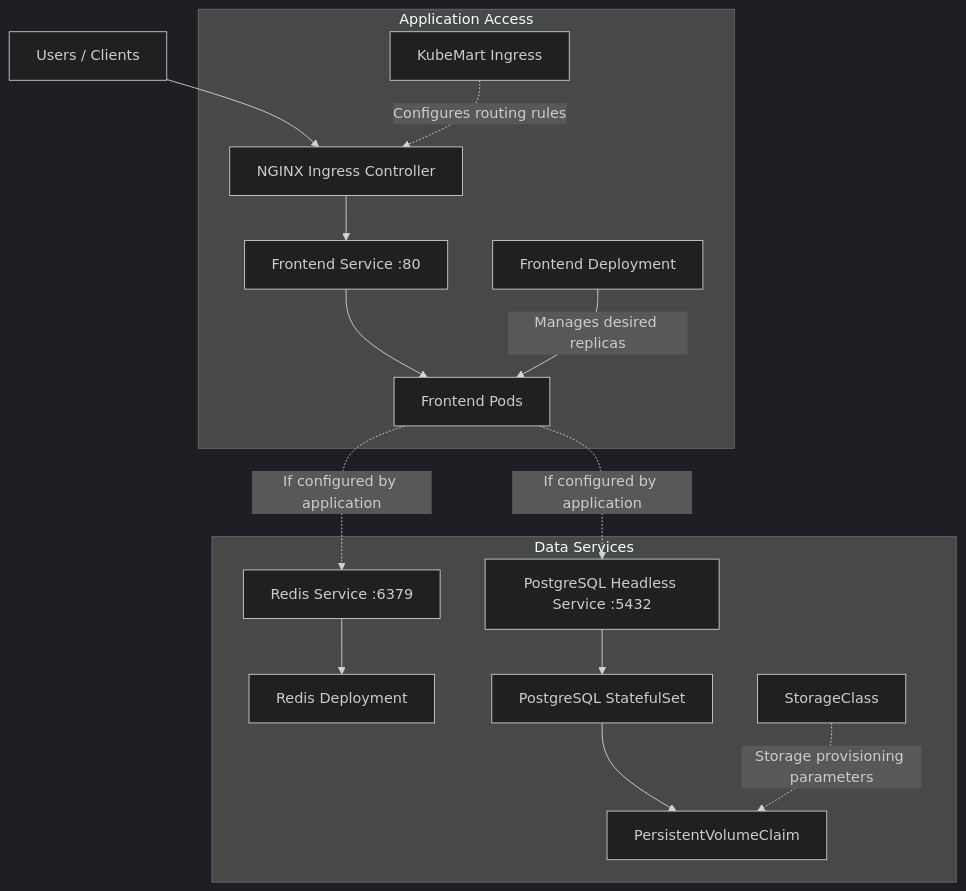
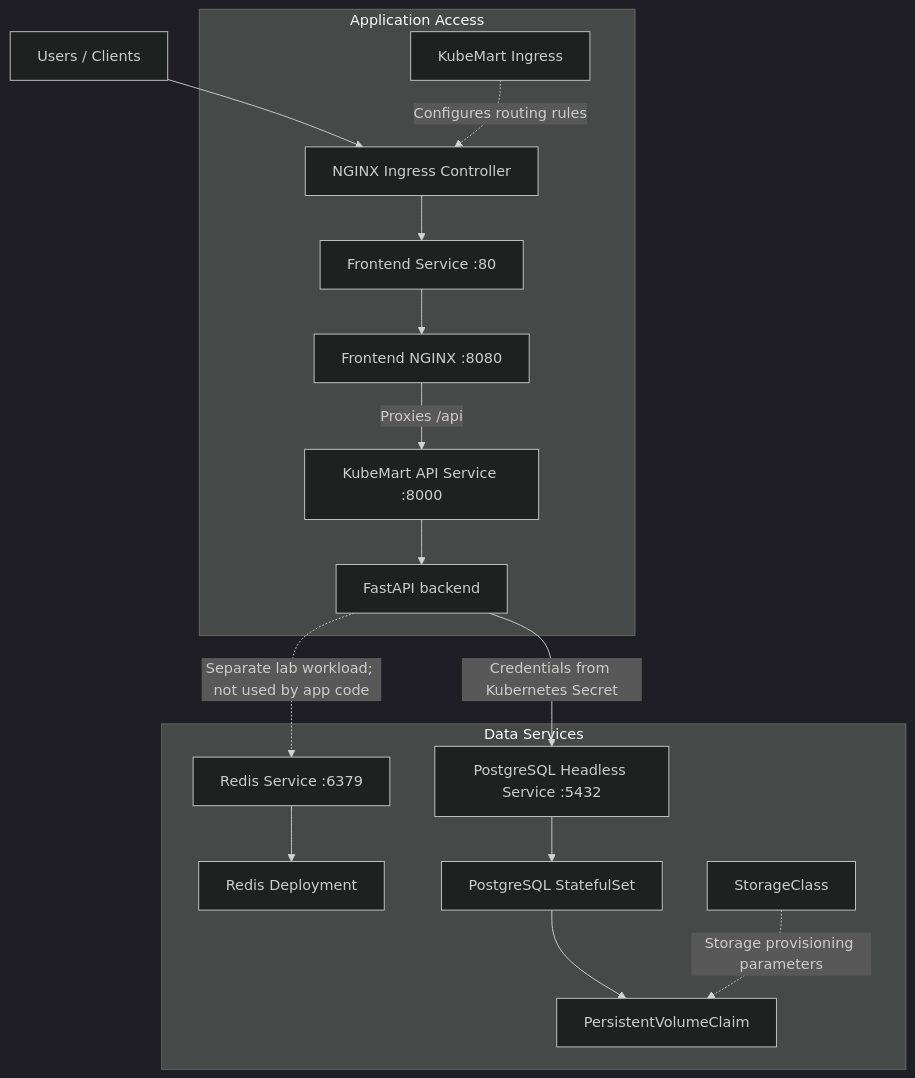
One commit to mhmdhmdbdh2050/kubemart-kubernetes-platform changed the first of 2 diagrams in README.md. Above: the diagram before and after it, drawn with Mermaid (dark theme). The commit also changed other lines of this file and 20 other files, not shown here.

````diff
--- a/README.md
+++ b/README.md
@@ -47,35 +47,35 @@
 ```mermaid
 flowchart TB
     USER["Users / Clients"]
 
     subgraph ACCESS["Application Access"]
         ING["NGINX Ingress Controller"]
         RULE["KubeMart Ingress"]
         SVC["Frontend Service :80"]
-        FE["Frontend Deployment"]
-        PODS["Frontend Pods"]
+        FE["Frontend NGINX :8080"]
+        API_SVC["KubeMart API Service :8000"]
+        API["FastAPI backend"]
     end
 
     subgraph DATA["Data Services"]
         REDIS_SVC["Redis Service :6379"]
         REDIS["Redis Deployment"]
         PG_SVC["PostgreSQL Headless Service :5432"]
         PG["PostgreSQL StatefulSet"]
         PVC["PersistentVolumeClaim"]
         SC["StorageClass"]
     end
 
     USER --> ING
     RULE -. "Configures routing rules" .-> ING
     ING --> SVC
-    SVC --> PODS
-    FE -->|"Manages desired replicas"| PODS
-
-    PODS -. "If configured by application" .-> REDIS_SVC
+    SVC --> FE
+    FE -->|"Proxies /api"| API_SVC
+    API_SVC --> API
+    API -->|"Credentials from Kubernetes Secret"| PG_SVC
     REDIS_SVC --> REDIS
-
-    PODS -. "If configured by application" .-> PG_SVC
+    API -. "Separate lab workload; not used by app code" .-> REDIS_SVC
     PG_SVC --> PG
     PG --> PVC
     SC -. "Storage provisioning parameters" .-> PVC
 ```
````
